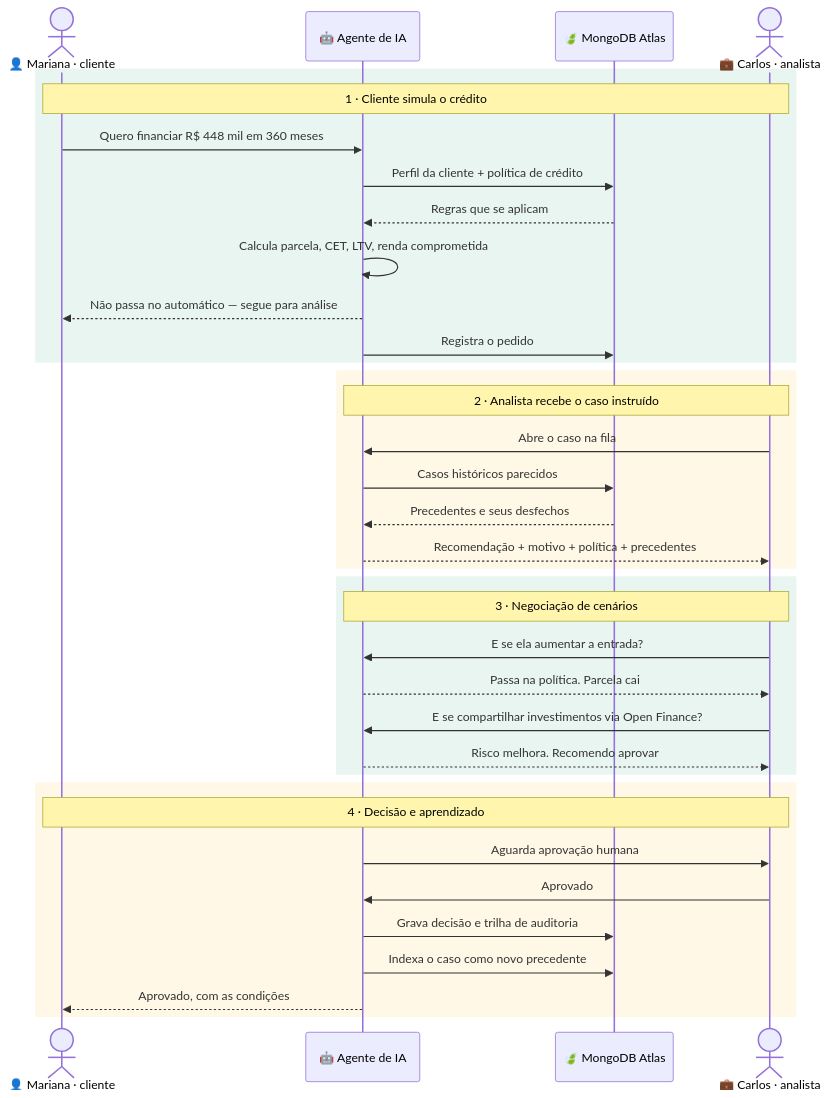
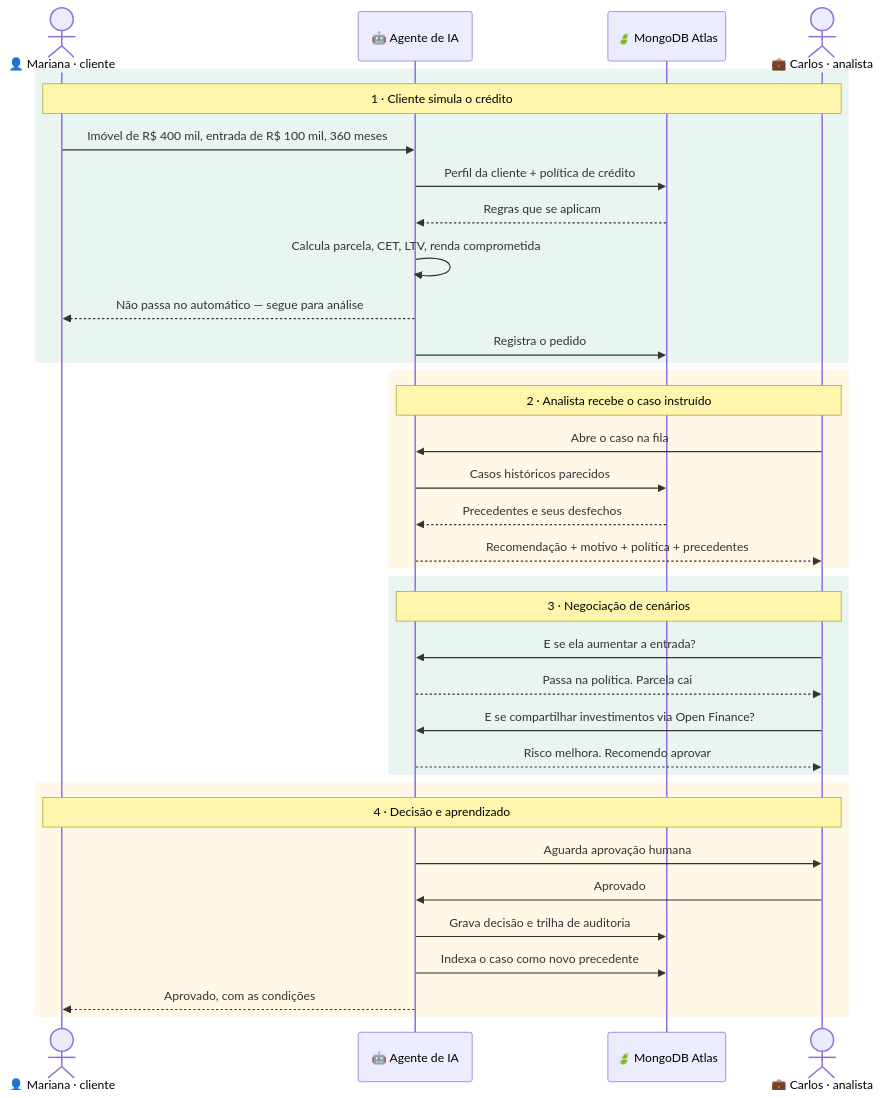
Before and after one commit to thoravieira/fsi-credit-assistant: the diagram in docs/demo-overview-pt.md, drawn with Mermaid. The commit also changed 5 other files, not shown here.

````diff
--- a/docs/demo-overview-pt.md
+++ b/docs/demo-overview-pt.md
@@ -21,42 +21,42 @@
 ```mermaid
 sequenceDiagram
     actor C as 👤 Mariana · cliente
     participant A as 🤖 Agente de IA
     participant M as 🍃 MongoDB Atlas
     actor N as 💼 Carlos · analista
 
     rect rgb(232, 245, 240)
     Note over C,N: 1 · Cliente simula o crédito
-    C->>A: Quero financiar R$ 448 mil em 360 meses
+    C->>A: Imóvel de R$ 400 mil, entrada de R$ 100 mil, 360 meses
     A->>M: Perfil da cliente + política de crédito
     M-->>A: Regras que se aplicam
     A->>A: Calcula parcela, CET, LTV, renda comprometida
     A-->>C: Não passa no automático — segue para análise
     A->>M: Registra o pedido
     end
 
     rect rgb(255, 248, 230)
     Note over A,N: 2 · Analista recebe o caso instruído
     N->>A: Abre o caso na fila
     A->>M: Casos históricos parecidos
     M-->>A: Precedentes e seus desfechos
     A-->>N: Recomendação + motivo + política + precedentes
     end
 
     rect rgb(232, 245, 240)
     Note over A,N: 3 · Negociação de cenários
     N->>A: E se ela aumentar a entrada?
     A-->>N: Passa na política. Parcela cai
     N->>A: E se compartilhar investimentos via Open Finance?
     A-->>N: Risco melhora. Recomendo aprovar
     end
 
     rect rgb(255, 248, 230)
     Note over C,N: 4 · Decisão e aprendizado
     A->>N: Aguarda aprovação humana
     N->>A: Aprovado
     A->>M: Grava decisão e trilha de auditoria
     A->>M: Indexa o caso como novo precedente
     A-->>C: Aprovado, com as condições
     end
 ```
````
